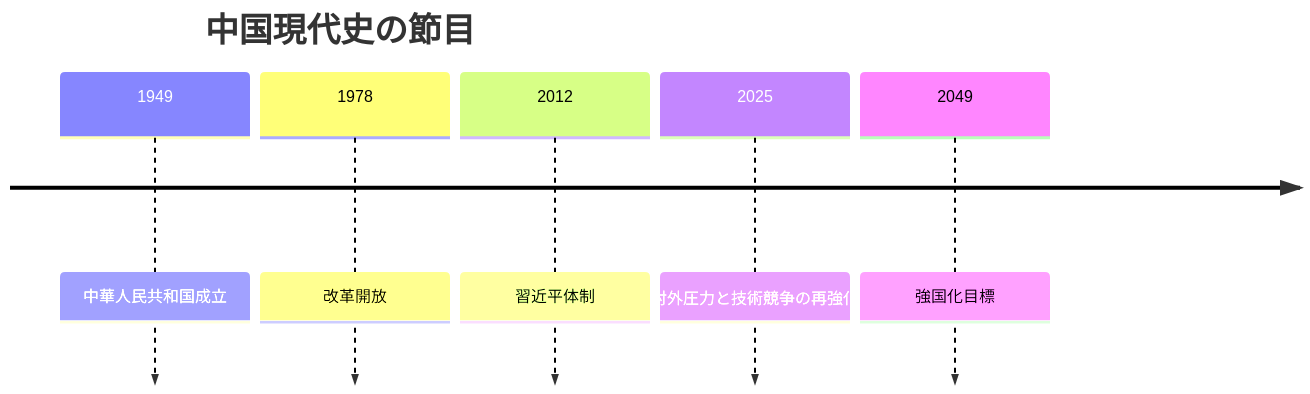
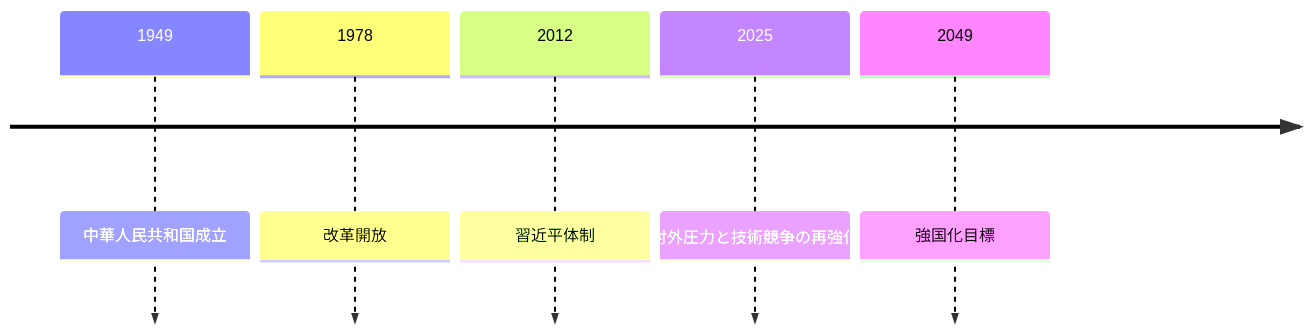
The second of 4 diagrams in articles/report/china-geopolitical-profile/ja/index.mdx (daylight55/research), drawn with Mermaid before and after one commit. The commit also changed other lines of this file and 181 other files, not shown here.

First line of the commit message:
全記事の図解368点を再生成し、共通注意書きを削除 (#402)

````diff
--- a/articles/report/china-geopolitical-profile/ja/index.mdx
+++ b/articles/report/china-geopolitical-profile/ja/index.mdx
@@ -49,9 +57,12 @@
 ```mermaid
 timeline
-  title 中国現代史の節目
+  accTitle: 中国の体制形成と公表された将来目標
+  accDescr: 成立済みの出来事と、2049年の強国化という将来目標を分けて読む。
+  accTitle: 中国の体制形成と公表された将来目標
+  accDescr: 成立済みの出来事と、2049年の強国化という将来目標を分けて読む。
   1949 : 中華人民共和国成立
   1978 : 改革開放
   2012 : 習近平体制
   2025 : 対外圧力と技術競争の再強化
   2049 : 強国化目標
 ```
````
